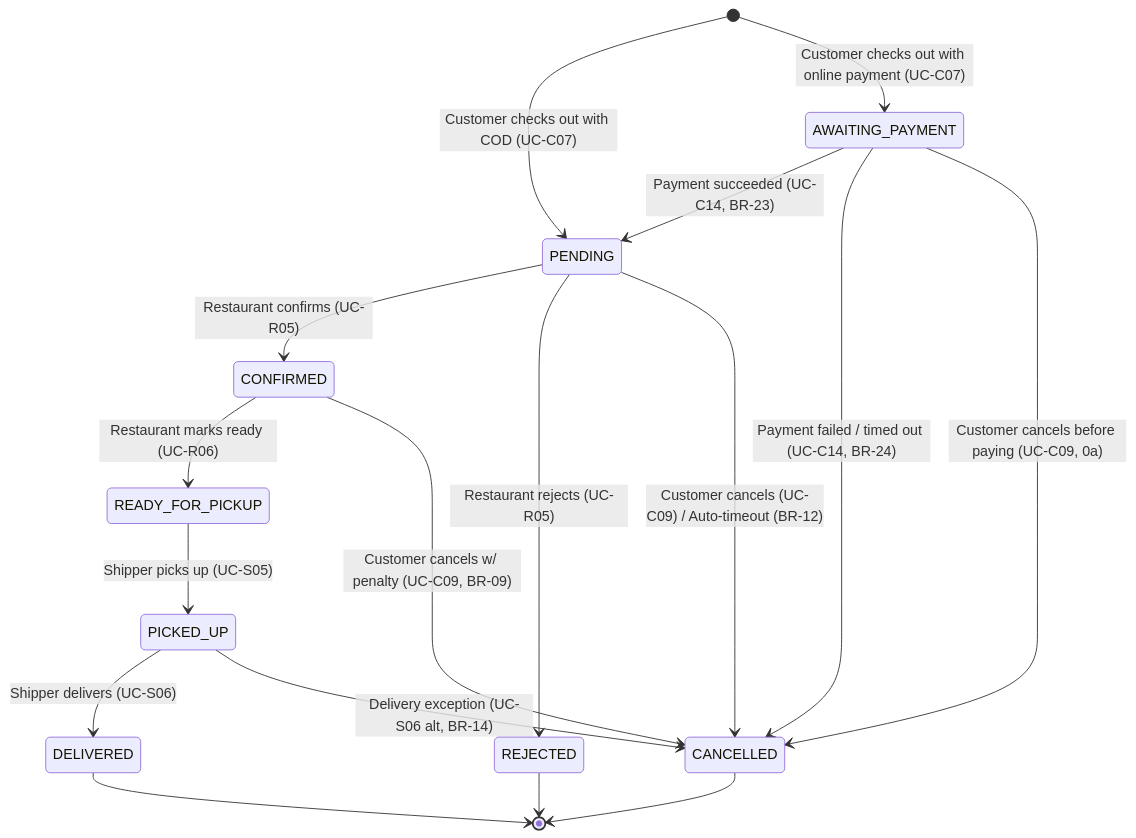
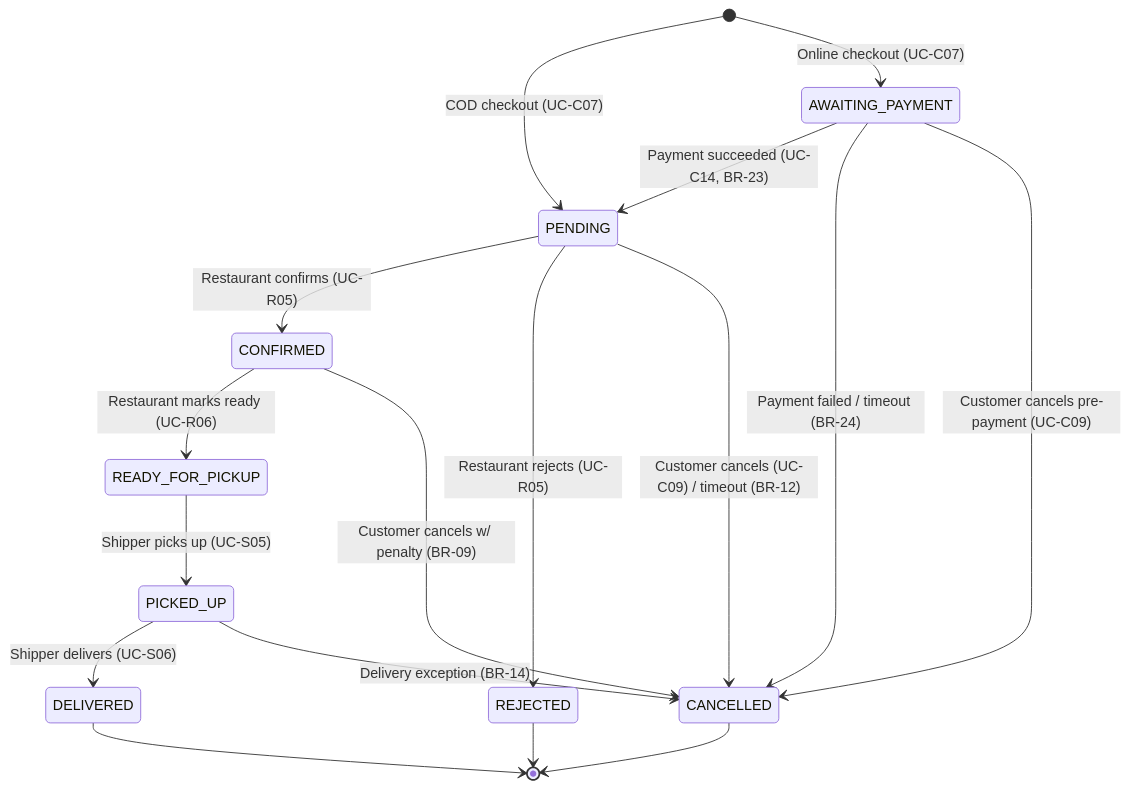
Before and after one commit to nhatkhanhisme/foodya: the second of 2 diagrams in docs/FOODYA_SRS.md, drawn with Mermaid. The commit also changed other lines of this file and 239 other files, not shown here.

````diff
--- a/docs/FOODYA_SRS.md
+++ b/docs/FOODYA_SRS.md
@@ -886,19 +781,19 @@
 ```mermaid
 stateDiagram-v2
-    [*] --> PENDING : Customer checks out with COD (UC-C07)
-    [*] --> AWAITING_PAYMENT : Customer checks out with online payment (UC-C07)
+    [*] --> PENDING : COD checkout (UC-C07)
+    [*] --> AWAITING_PAYMENT : Online checkout (UC-C07)
     AWAITING_PAYMENT --> PENDING : Payment succeeded (UC-C14, BR-23)
-    AWAITING_PAYMENT --> CANCELLED : Payment failed / timed out (UC-C14, BR-24)
-    AWAITING_PAYMENT --> CANCELLED : Customer cancels before paying (UC-C09, 0a)
+    AWAITING_PAYMENT --> CANCELLED : Payment failed / timeout (BR-24)
+    AWAITING_PAYMENT --> CANCELLED : Customer cancels pre-payment (UC-C09)
     PENDING --> CONFIRMED : Restaurant confirms (UC-R05)
     PENDING --> REJECTED : Restaurant rejects (UC-R05)
-    PENDING --> CANCELLED : Customer cancels (UC-C09) / Auto-timeout (BR-12)
+    PENDING --> CANCELLED : Customer cancels (UC-C09) / timeout (BR-12)
     CONFIRMED --> READY_FOR_PICKUP : Restaurant marks ready (UC-R06)
-    CONFIRMED --> CANCELLED : Customer cancels w/ penalty (UC-C09, BR-09)
+    CONFIRMED --> CANCELLED : Customer cancels w/ penalty (BR-09)
     READY_FOR_PICKUP --> PICKED_UP : Shipper picks up (UC-S05)
     PICKED_UP --> DELIVERED : Shipper delivers (UC-S06)
-    PICKED_UP --> CANCELLED : Delivery exception (UC-S06 alt, BR-14)
+    PICKED_UP --> CANCELLED : Delivery exception (BR-14)
     DELIVERED --> [*]
     REJECTED --> [*]
     CANCELLED --> [*]
 ```
````
